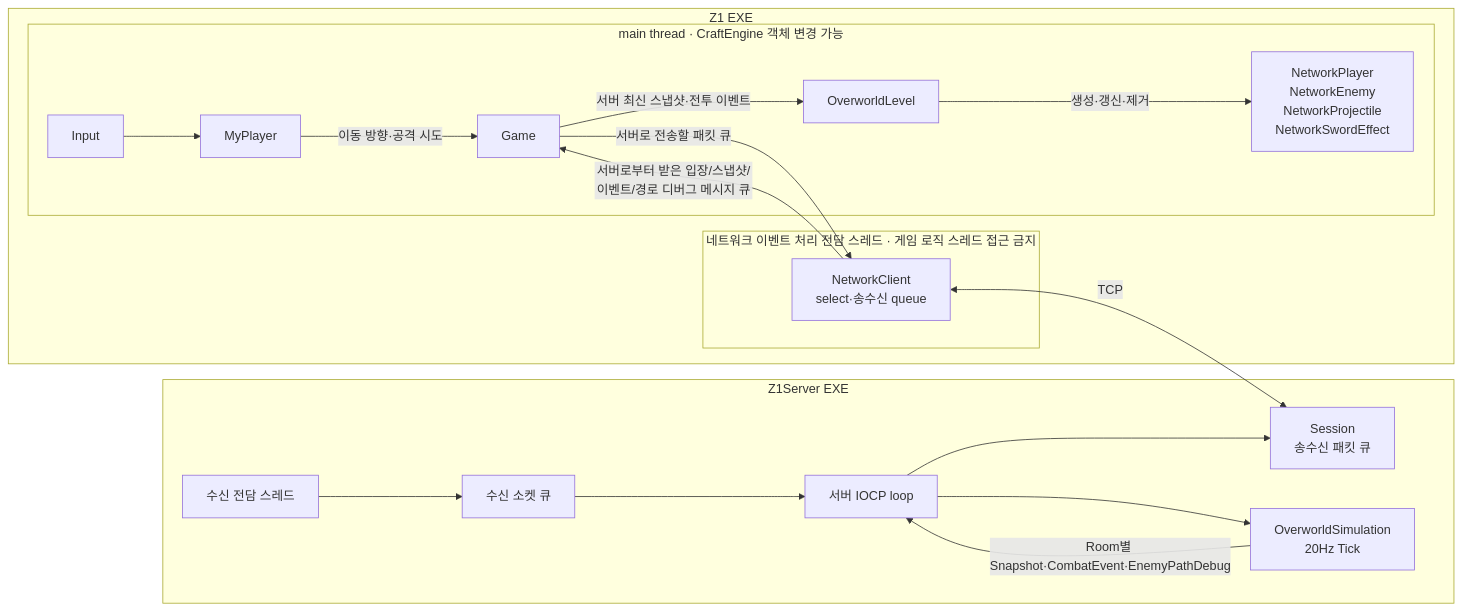
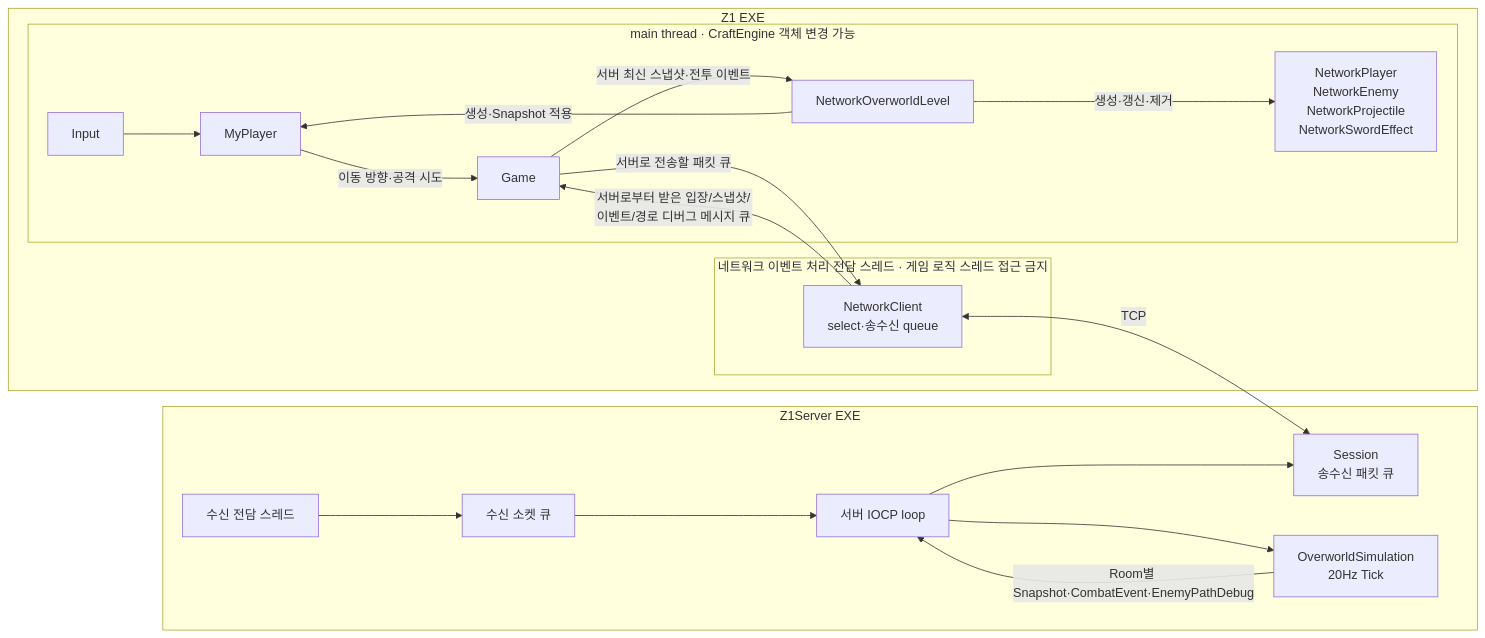
One commit to 9kyo-hwang/ConsoleGameProject changed the first of 3 diagrams in docs/z1/ARCHITECTURE.md. Above: the diagram before and after it, drawn with Mermaid. The commit also changed other lines of this file and 19 other files, not shown here.

````diff
--- a/docs/z1/ARCHITECTURE.md
+++ b/docs/z1/ARCHITECTURE.md
@@ -72,39 +75,40 @@
 ```mermaid
 flowchart LR
     subgraph Client[Z1 EXE]
         subgraph MainThread[main thread · CraftEngine 객체 변경 가능]
             Input[Input]
             MyPlayer[MyPlayer]
             Game[Game]
-            Level[OverworldLevel]
+            Level[NetworkOverworldLevel]
             Actors[NetworkPlayer<br/>NetworkEnemy<br/>NetworkProjectile<br/>NetworkSwordEffect]
 
             Input --> MyPlayer
             MyPlayer -->|이동 방향·공격 시도| Game
             Game -->|서버 최신 스냅샷·전투 이벤트| Level
+            Level -->|생성·Snapshot 적용| MyPlayer
             Level -->|생성·갱신·제거| Actors
         end
 
         subgraph NetworkThread[네트워크 이벤트 처리 전담 스레드 · 게임 로직 스레드 접근 금지]
             ClientNetwork[NetworkClient<br/>select·송수신 queue]
         end
 
         Game -->|서버로 전송할 패킷 큐| ClientNetwork
         ClientNetwork -->|서버로부터 받은 입장/스냅샷/이벤트/경로 디버그 메시지 큐| Game
     end
 
     subgraph Server[Z1Server EXE]
         Accept[수신 전담 스레드]
         Accepted[수신 소켓 큐]
         IOLoop[서버 IOCP loop]
         Session[Session<br/>송수신 패킷 큐]
         Simulation[OverworldSimulation<br/>20Hz Tick]
 
         Accept --> Accepted --> IOLoop
         IOLoop --> Session
         IOLoop --> Simulation
         Simulation -->|Room별 Snapshot·CombatEvent·EnemyPathDebug| IOLoop
     end
 
     ClientNetwork <-->|TCP| Session
 ```
````
